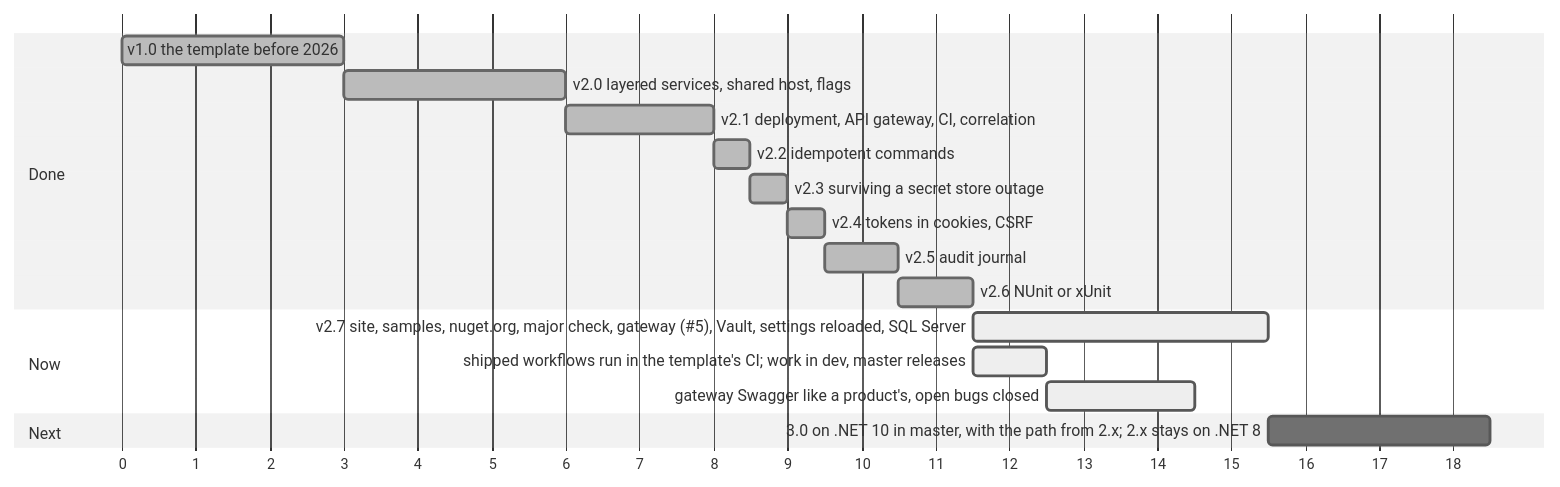
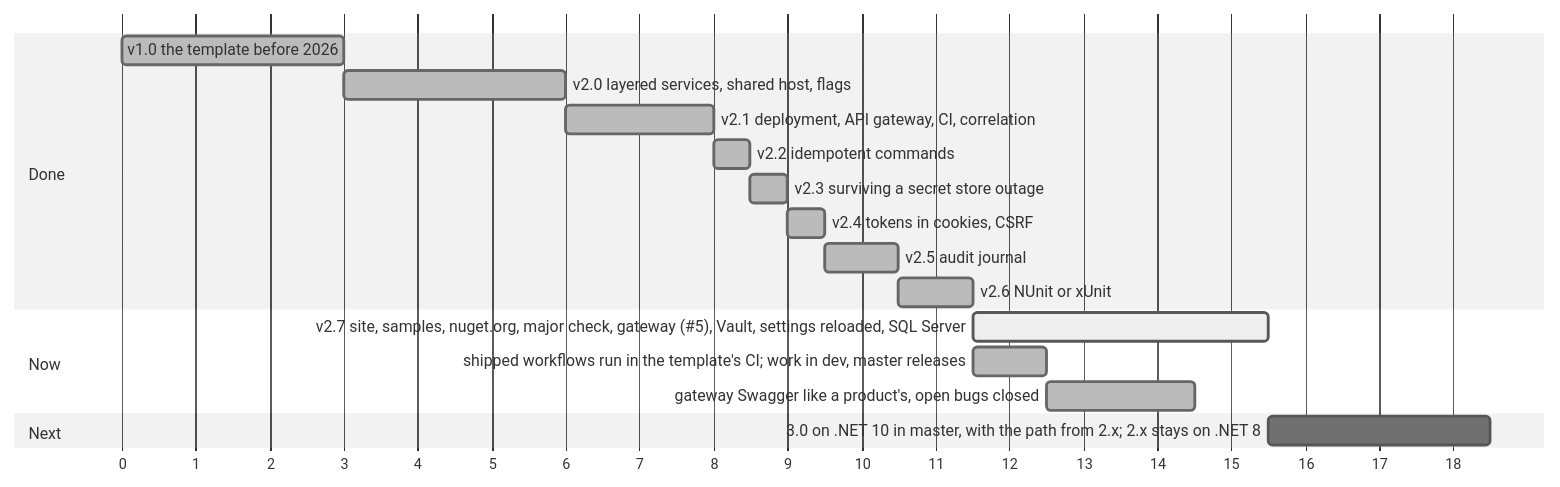
Before and after one commit to Vovanda/DotNetSolutionKit: the diagram in docs/roadmap.md, drawn with Mermaid (neutral theme). The commit also changed 1 other file, not shown here.

Commit message:
docs: the roadmap marks the dev flow, the gateway's Swagger and the bug sweep done

````diff
--- a/docs/roadmap.md
+++ b/docs/roadmap.md
@@ -5,24 +5,24 @@
 ```mermaid
 gantt
     dateFormat X
     axisFormat %s
     tickInterval 1second
 
     section Done
     v1.0 the template before 2026                         :done, s1, 0, 3000ms
     v2.0 layered services, shared host, flags             :done, s2, after s1, 3000ms
     v2.1 deployment, API gateway, CI, correlation         :done, s3, after s2, 2000ms
     v2.2 idempotent commands                              :done, s4, after s3, 500ms
     v2.3 surviving a secret store outage                  :done, s5, after s4, 500ms
     v2.4 tokens in cookies, CSRF                          :done, s6, after s5, 500ms
     v2.5 audit journal                                    :done, s7, after s6, 1000ms
     v2.6 NUnit or xUnit                                   :done, s8, after s7, 1000ms
 
     section Now
     v2.7 site, samples, nuget.org, major check, gateway (#5), Vault, settings reloaded, SQL Server :active, s9, after s8, 4000ms
-    shipped workflows run in the template's CI; work in dev, master releases :active, s10, after s8, 1000ms
-    gateway Swagger like a product's, open bugs closed :active, s11, after s10, 2000ms
+    shipped workflows run in the template's CI; work in dev, master releases :done, s10, after s8, 1000ms
+    gateway Swagger like a product's, open bugs closed :done, s11, after s10, 2000ms
 
     section Next
     3.0 on .NET 10 in master, with the path from 2.x; 2.x stays on .NET 8 :s15, after s9, 3000ms
 ```
````
